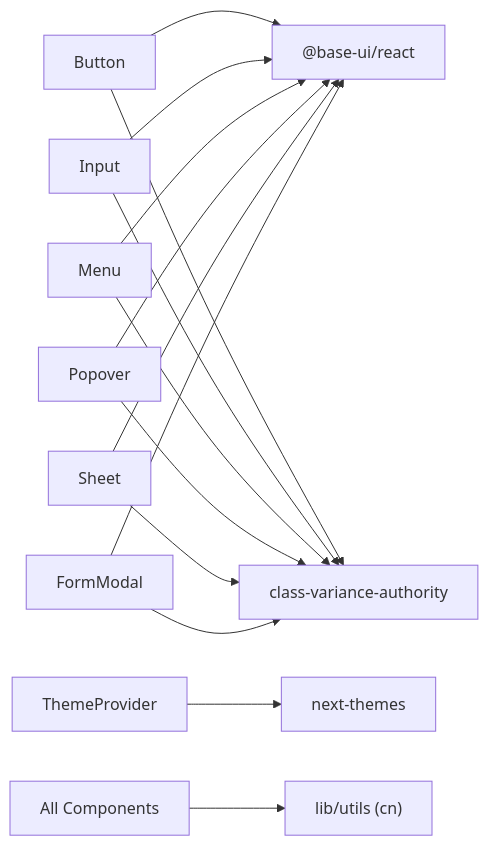
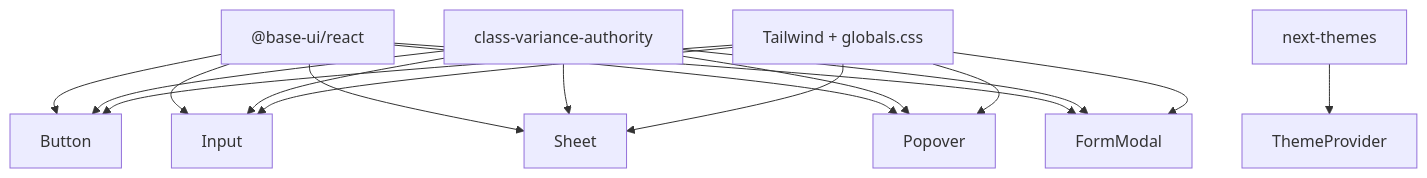
One commit to Meaetin/alibaba-hackathon changed the eighth of 9 diagrams in .qoder/repowiki/en/content/Component Library/Component Library.md. Above: the diagram before and after it, drawn with Mermaid. The commit also changed other lines of this file and 241 other files, not shown here.

````diff
--- a/.qoder/repowiki/en/content/Component Library/Component Library.md
+++ b/.qoder/repowiki/en/content/Component Library/Component Library.md
@@ -410,21 +337,19 @@
 ```mermaid
-graph LR
-BA["@base-ui/react"]
-CVA["class-variance-authority"]
-NT["next-themes"]
-UTIL["lib/utils (cn)"]
-Button --> BA
-Input --> BA
-Menu --> BA
-Popover --> BA
-Sheet --> BA
-FormModal --> BA
-Button --> CVA
-Input --> CVA
-Menu --> CVA
-Popover --> CVA
-Sheet --> CVA
-FormModal --> CVA
-ThemeProvider --> NT
-All["All Components"] --> UTIL
+graph TB
+Pkg["@base-ui/react"] --> Btn["Button"]
+Pkg --> Inp["Input"]
+Pkg --> Sh["Sheet"]
+Pkg --> Po["Popover"]
+Pkg --> Fm["FormModal"]
+CVA["class-variance-authority"] --> Btn
+CVA --> Inp
+CVA --> Sh
+CVA --> Po
+CVA --> Fm
+Tail["Tailwind + globals.css"] --> Btn
+Tail --> Inp
+Tail --> Sh
+Tail --> Po
+Tail --> Fm
+NextThemes["next-themes"] --> Theme["ThemeProvider"]
 ```
````
